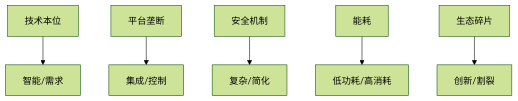
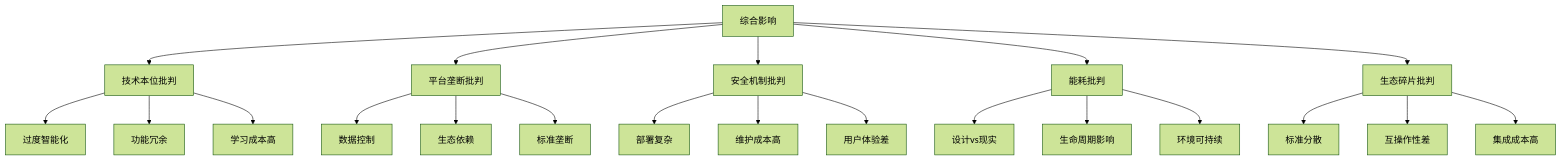
Before and after one commit to AdaMartin18010/SystemOSIOT: the first of 2 diagrams in 3.物联网嵌入式系统/3.2 批判分析/3.2.2 批判视角.md, drawn with Mermaid (forest theme). The commit also changed other lines of this file and 118 other files, not shown here.

````diff
--- a/3.物联网嵌入式系统/3.2 批判分析/3.2.2 批判视角.md
+++ b/3.物联网嵌入式系统/3.2 批判分析/3.2.2 批判视角.md
@@ -24,8 +171,28 @@
 ```mermaid
 graph TD;
-  A[技术本位] --> B[智能/需求];
-  C[平台垄断] --> D[集成/控制];
-  E[安全机制] --> F[复杂/简化];
-  G[能耗] --> H[低功耗/高消耗];
-  I[生态碎片] --> J[创新/割裂];
+  A[技术本位批判] --> A1[过度智能化]
+  A --> A2[功能冗余]
+  A --> A3[学习成本高]
+  
+  B[平台垄断批判] --> B1[数据控制]
+  B --> B2[生态依赖]
+  B --> B3[标准垄断]
+  
+  C[安全机制批判] --> C1[部署复杂]
+  C --> C2[维护成本高]
+  C --> C3[用户体验差]
+  
+  D[能耗批判] --> D1[设计vs现实]
+  D --> D2[生命周期影响]
+  D --> D3[环境可持续]
+  
+  E[生态碎片批判] --> E1[标准分散]
+  E --> E2[互操作性差]
+  E --> E3[集成成本高]
+  
+  F[综合影响] --> A
+  F --> B
+  F --> C
+  F --> D
+  F --> E
 ```
````
